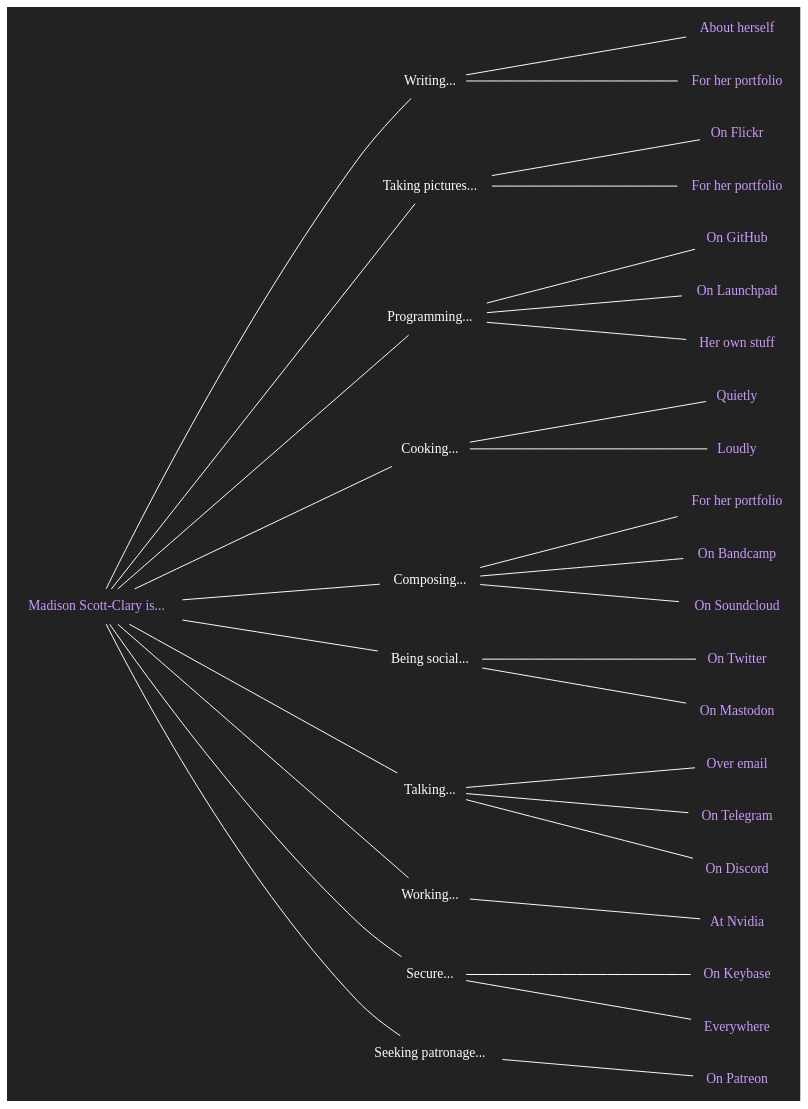
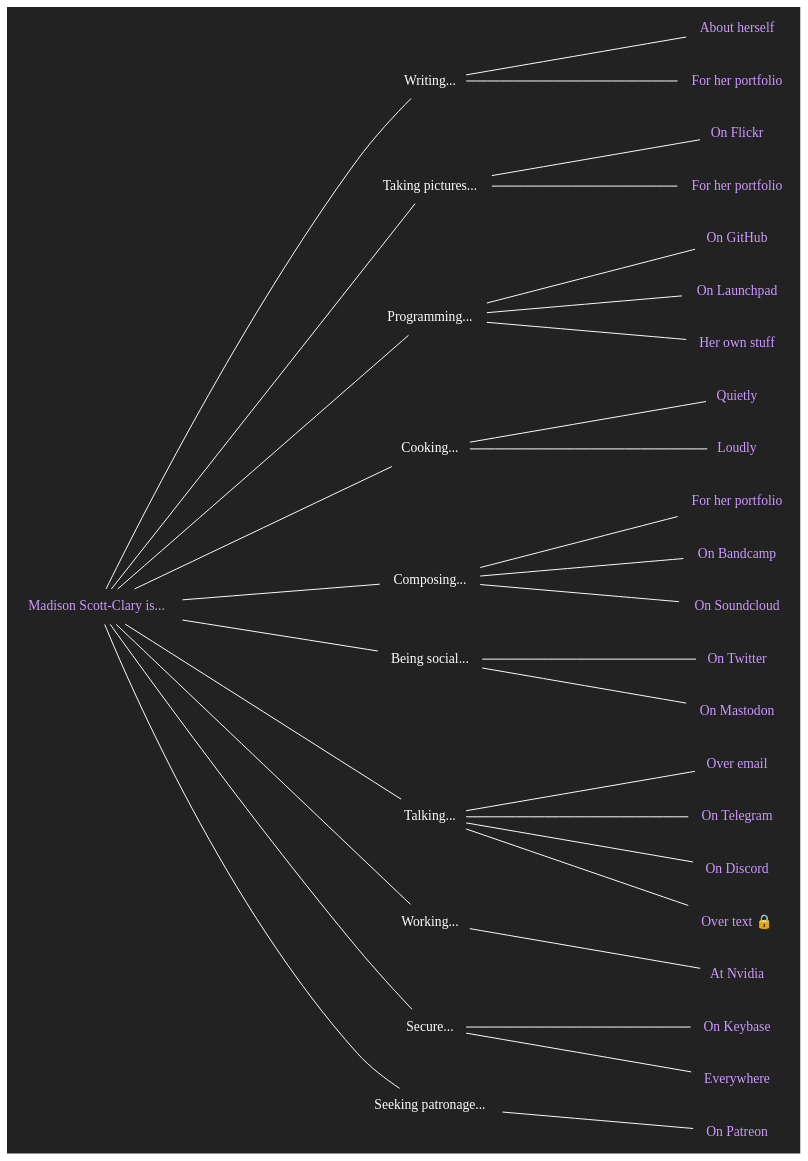
Before and after one commit to makyo/makyo.is: the diagram in is.dot, drawn with Graphviz. The commit also changed 4 other files, not shown here.

```diff
--- a/is.dot
+++ b/is.dot
@@ -1,62 +1,63 @@
 graph is {
     node[shape="none",fontcolor="#ffffff",color="#ffffff",fontname="Helvetica bold"]
     edge[color="#ffffff"]
     graph[bgcolor="#222222",label="",margin="0",rankdir="LR",ranksep=2.5]
 
     copula [label="Madison Scott-Clary is...",fontcolor="#cc99ff",href="https://drab-makyo.com?pk_campaign=source&pk_kwd=makyo.is"]
 
     writing [label="Writing..."]
     /* writing_anything [label="Anything",fontcolor="#cc99ff",href="https://writing.drab-makyo.com?pk_campaign=source&pk_kwd=makyo.is"] */
     writing_ally [label="About herself",fontcolor="#cc99ff",href="https://ally.id?pk_campaign=source&pk_kwd=makyo.is"]
     writing_portfolio [label="For her portfolio",fontcolor="#cc99ff",href="https://makyo.ink?pk_campaign=source&pk_kwd=makyo.is"]
     copula -- writing -- { /* writing_anything, */ writing_ally, writing_portfolio }
 
     photography [label="Taking pictures..."]
     photography_flickr [label="On Flickr",fontcolor="#cc99ff",href="https://flickr.com/photos/ranna"]
     photography_portfolio [label="For her portfolio",fontcolor="#cc99ff",href="https://makyo.photography"]
     copula -- photography -- { photography_flickr, photography_portfolio }
 
     programming [label="Programming..."]
     programming_github [label="On GitHub",fontcolor="#cc99ff",href="https://github.com/makyo"]
     programming_launchpad [label="On Launchpad",fontcolor="#cc99ff",href="https://launchpad.net/~makyo"]
     programming_personal [label="Her own stuff",fontcolor="#cc99ff",href="https://makyo.dev"]
     copula -- programming -- { programming_github, programming_launchpad, programming_personal }
 
     cooking [label="Cooking..."]
     cooking_quietly [label="Quietly",fontcolor="#cc99ff",href="https://makyo.cooking?pk_campaign=source&pk_kwd=makyo.is"]
     cooking_loudly [label="Loudly",fontcolor="#cc99ff",href="https://mealtime.with.maddypa.ws?pk_campaign=source&pk_kwd=makyo.is"]
     copula -- cooking -- { cooking_quietly, cooking_loudly }
 
     composing [label="Composing..."]
     composing_portfolio [label="For her portfolio",fontcolor="#cc99ff",href="https://sounds.drab-makyo.com?pk_campaign=source&pk_kwd=makyo.is"]
     composing_bandcamp [label="On Bandcamp",fontcolor="#cc99ff",href="https://drab-makyo.bandcamp.com"]
     composing_soundcloud [label="On Soundcloud",fontcolor="#cc99ff",href="https://soundcloud.com/drabmakyo"]
     copula -- composing -- { composing_portfolio, composing_bandcamp, composing_soundcloud }
 
     social [label="Being social..."]
     social_twitter [label="On Twitter",fontcolor="#cc99ff",href="https://twitter.com/makyo_writes"]
     social_mastodon [label="On Mastodon",fontcolor="#cc99ff",href="https://maddypa.ws/@makyo"]
     copula -- social -- { social_twitter, social_mastodon }
 
     talking [label="Talking..."]
     talking_email [label="Over email",fontcolor="#cc99ff",href="mailto:makyo@drab-makyo.com"]
     talking_telegram [label="On Telegram",fontcolor="#cc99ff",href="https://t.me/DrabMakyo"]
     talking_discord [label="On Discord",fontcolor="#cc99ff",href="/discord",title="Makyo#7093"]
     /*talking_matrix [label="On Matrix",fontcolor="#cc99ff",href="https://matrix.to/#/@makyo:drab-makyo.com"]
     talking_wire [label="On Wire",fontcolor="#cc99ff",href="/wire",title="@makyo"]*/
-    copula -- talking -- { talking_email, talking_telegram, talking_discord /*, talking_matrix, talking_wire*/ }
+    talking_phone [label="Over text 🔒 ",fontcolor="#cc99ff",href="tel:3038185943"]
+    copula -- talking -- { talking_email, talking_telegram, talking_discord, talking_phone /*, talking_matrix, talking_wire*/ }
 
     working [label="Working..."]
     working_nvidia [label="At Nvidia",fontcolor="#cc99ff",href="https://nvidia.com"]
     /* working_hybrid [label="At Hybrid Ink, LLC",fontcolor="#cc99ff",href="https://hybrid.ink?pk_campaign=source&pk_kwd=makyo.is"] */
     copula -- working -- { /*working_hybrid, */ working_nvidia }
 
     secure [label="Secure..."]
     secure_keybase [label="On Keybase",fontcolor="#cc99ff",href="https://keybase.io/makyo"]
     secure_everywhere [label="Everywhere",fontcolor="#cc99ff",href="https://drab-makyo.com/pgp"]
     copula -- secure -- { secure_everywhere, secure_keybase }
 
     patron [label="Seeking patronage..."]
     patron_patreon [label="On Patreon",fontcolor="#cc99ff",href="https://patreon.com/makyo"]
     copula -- patron -- { patron_patreon }
 }
```
